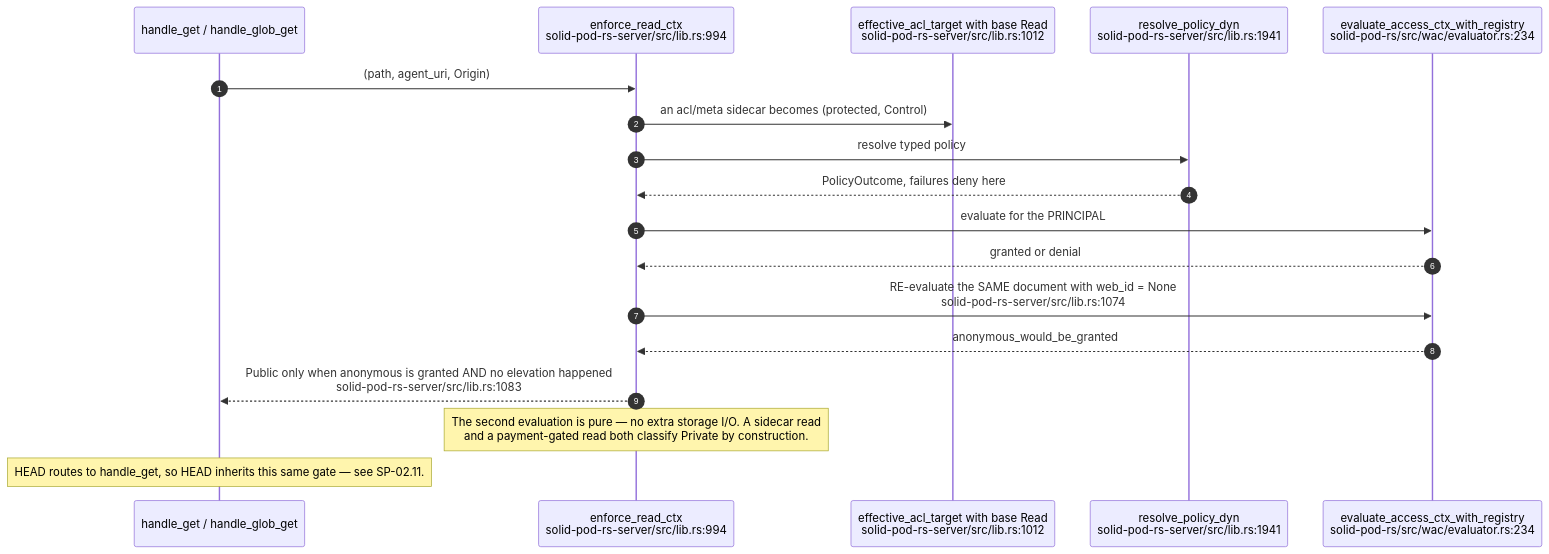
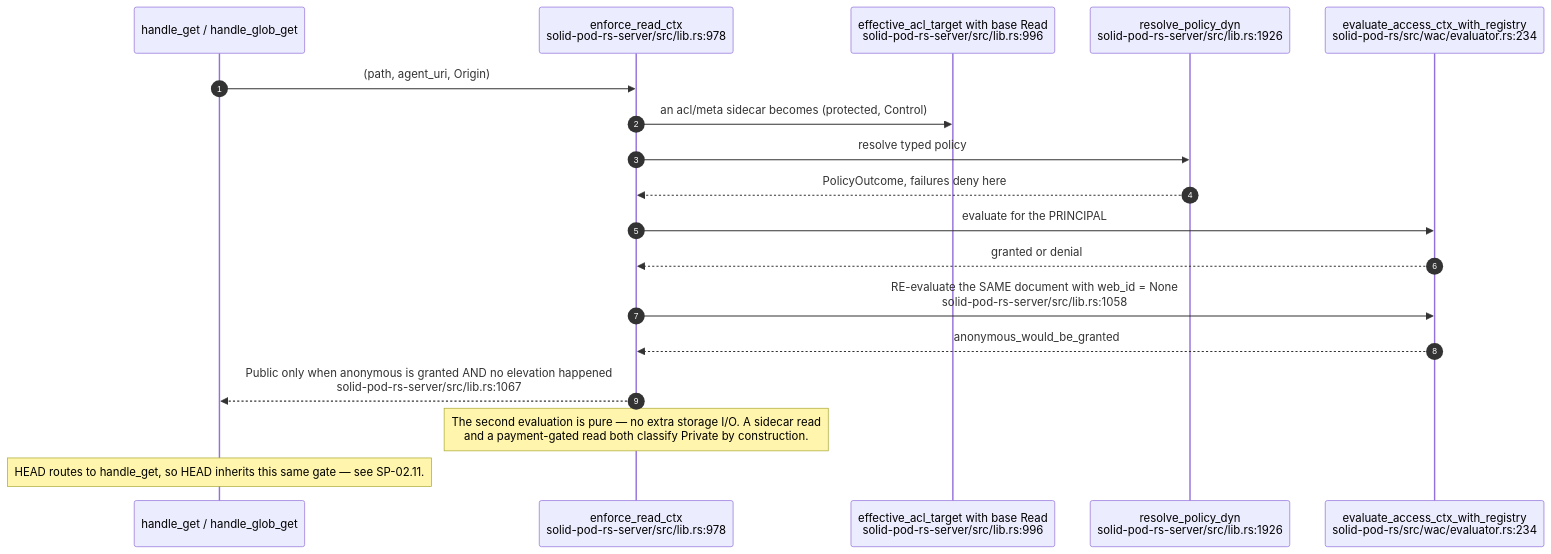
One commit to DreamLab-AI/VisionFlow changed the second of 13 diagrams in docs/diagrams/solid-pod-rs/04-wac-authorisation.md. Above: the diagram before and after it, drawn with Mermaid. The commit also changed other lines of this file and 21 other files, not shown here.

Commit message:
docs(diagrams): refresh first verified estate batch

````diff
--- a/docs/diagrams/solid-pod-rs/04-wac-authorisation.md
+++ b/docs/diagrams/solid-pod-rs/04-wac-authorisation.md
@@ -59,21 +59,21 @@
 ```mermaid
 sequenceDiagram
     autonumber
     participant H as handle_get / handle_glob_get
-    participant ER as enforce_read_ctx<br/>solid-pod-rs-server/src/lib.rs:994
-    participant ET as effective_acl_target with base Read<br/>solid-pod-rs-server/src/lib.rs:1012
-    participant RP as resolve_policy_dyn<br/>solid-pod-rs-server/src/lib.rs:1941
+    participant ER as enforce_read_ctx<br/>solid-pod-rs-server/src/lib.rs:978
+    participant ET as effective_acl_target with base Read<br/>solid-pod-rs-server/src/lib.rs:996
+    participant RP as resolve_policy_dyn<br/>solid-pod-rs-server/src/lib.rs:1926
     participant EV as evaluate_access_ctx_with_registry<br/>solid-pod-rs/src/wac/evaluator.rs:234
 
     H->>ER: (path, agent_uri, Origin)
     ER->>ET: an acl/meta sidecar becomes (protected, Control)
     ER->>RP: resolve typed policy
     RP-->>ER: PolicyOutcome, failures deny here
     ER->>EV: evaluate for the PRINCIPAL
     EV-->>ER: granted or denial
-    ER->>EV: RE-evaluate the SAME document with web_id = None<br/>solid-pod-rs-server/src/lib.rs:1074
+    ER->>EV: RE-evaluate the SAME document with web_id = None<br/>solid-pod-rs-server/src/lib.rs:1058
     EV-->>ER: anonymous_would_be_granted
-    ER-->>H: Public only when anonymous is granted AND no elevation happened<br/>solid-pod-rs-server/src/lib.rs:1083
+    ER-->>H: Public only when anonymous is granted AND no elevation happened<br/>solid-pod-rs-server/src/lib.rs:1067
     Note over ER: The second evaluation is pure — no extra storage I/O. A sidecar read<br/>and a payment-gated read both classify Private by construction.
     Note over H: HEAD routes to handle_get, so HEAD inherits this same gate — see SP-02.11.
 ```
````
